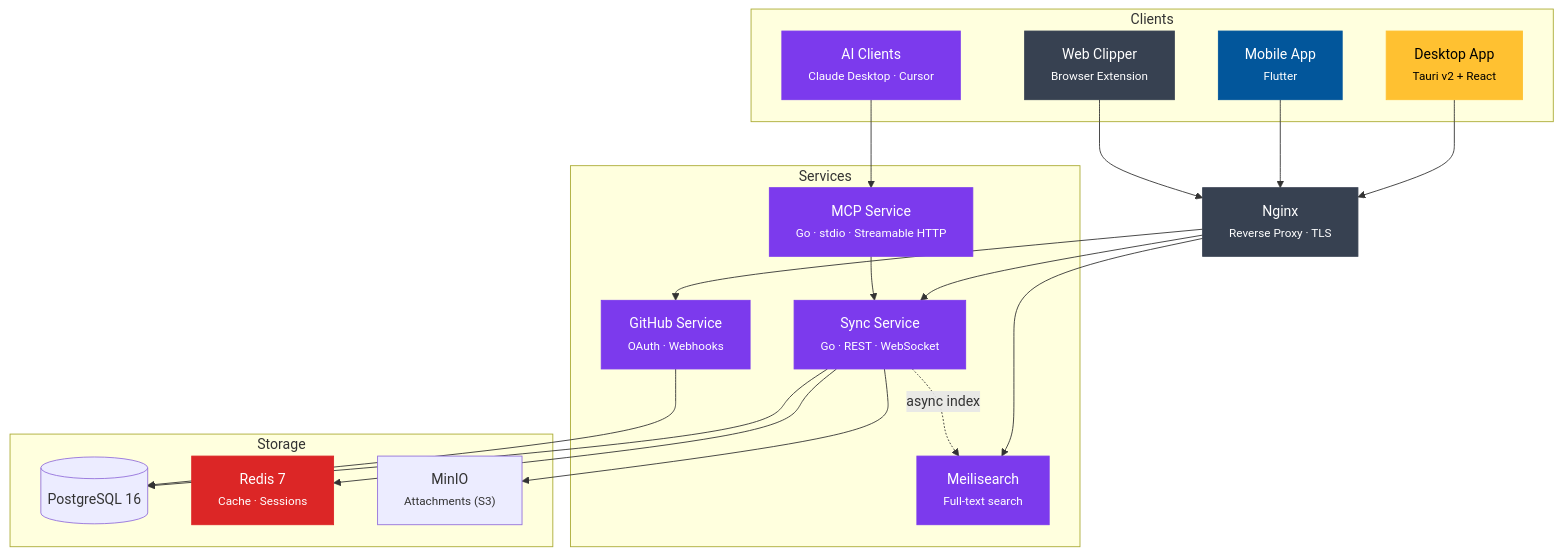
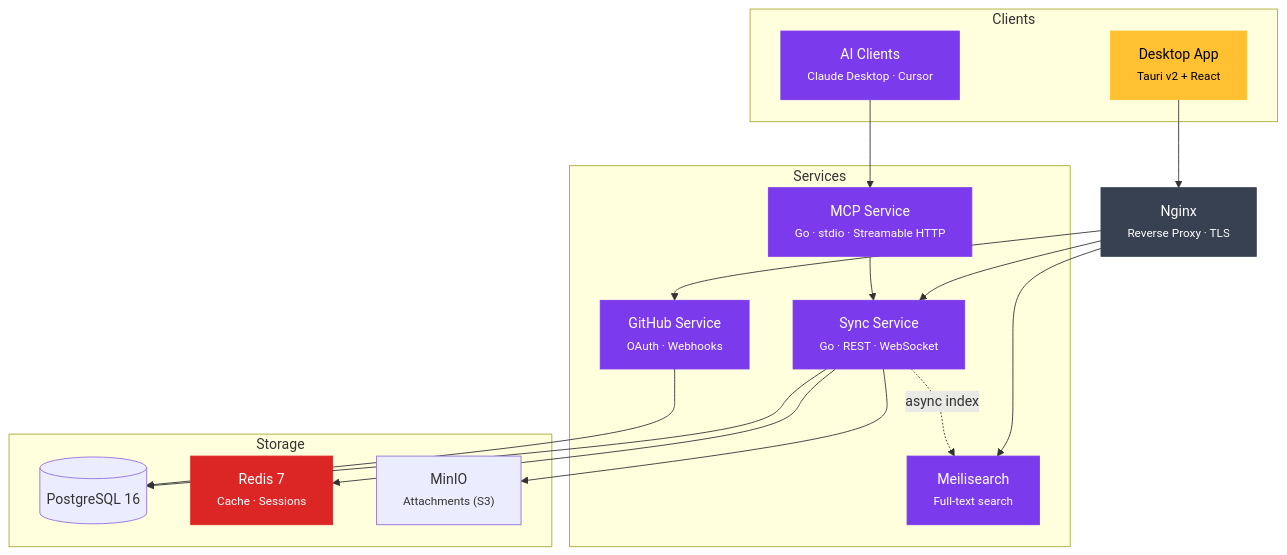
Before and after one commit to Tombomeke-Studios/NexusNotes: the first of 4 diagrams in docs/architecture.md, drawn with Mermaid. The commit also changed other lines of this file and 1 other file, not shown here.

Commit message:
docs(docs): drop the mobile app and web clipper, point to the hosted-service record

````diff
--- a/docs/architecture.md
+++ b/docs/architecture.md
@@ -5,43 +7,39 @@
 ```mermaid
 graph TB
     subgraph Clients
         DESK["Desktop App<br/><small>Tauri v2 + React</small>"]
-        MOB["Mobile App<br/><small>Flutter</small>"]
-        CLIP["Web Clipper<br/><small>Browser Extension</small>"]
         AI["AI Clients<br/><small>Claude Desktop · Cursor</small>"]
     end
 
     NGINX["Nginx<br/><small>Reverse Proxy · TLS</small>"]
 
     subgraph Services
         SYNC["Sync Service<br/><small>Go · REST · WebSocket</small>"]
         MCP["MCP Service<br/><small>Go · stdio · Streamable HTTP</small>"]
         SEARCH["Meilisearch<br/><small>Full-text search</small>"]
         GH["GitHub Service<br/><small>OAuth · Webhooks</small>"]
     end
 
     subgraph Storage
         PG[("PostgreSQL 16")]
         REDIS["Redis 7<br/><small>Cache · Sessions</small>"]
         MINIO["MinIO<br/><small>Attachments (S3)</small>"]
     end
 
-    DESK & MOB & CLIP --> NGINX
+    DESK --> NGINX
     AI --> MCP
     NGINX --> SYNC & SEARCH & GH
     SYNC --> PG & REDIS & MINIO
     SYNC -.->|"async index"| SEARCH
     MCP --> SYNC
     GH --> PG
 
     style DESK fill:#ffc131,stroke:#ffc131,color:#000
-    style MOB fill:#02569b,stroke:#02569b,color:#fff
-    style CLIP fill:#374151,stroke:#374151,color:#fff
     style AI fill:#7c3aed,stroke:#7c3aed,color:#fff
     style SYNC fill:#7c3aed,stroke:#7c3aed,color:#fff
     style MCP fill:#7c3aed,stroke:#7c3aed,color:#fff
     style SEARCH fill:#7c3aed,stroke:#7c3aed,color:#fff
     style GH fill:#7c3aed,stroke:#7c3aed,color:#fff
     style NGINX fill:#374151,stroke:#374151,color:#fff
     style REDIS fill:#dc2626,stroke:#dc2626,color:#fff
 ```
````
